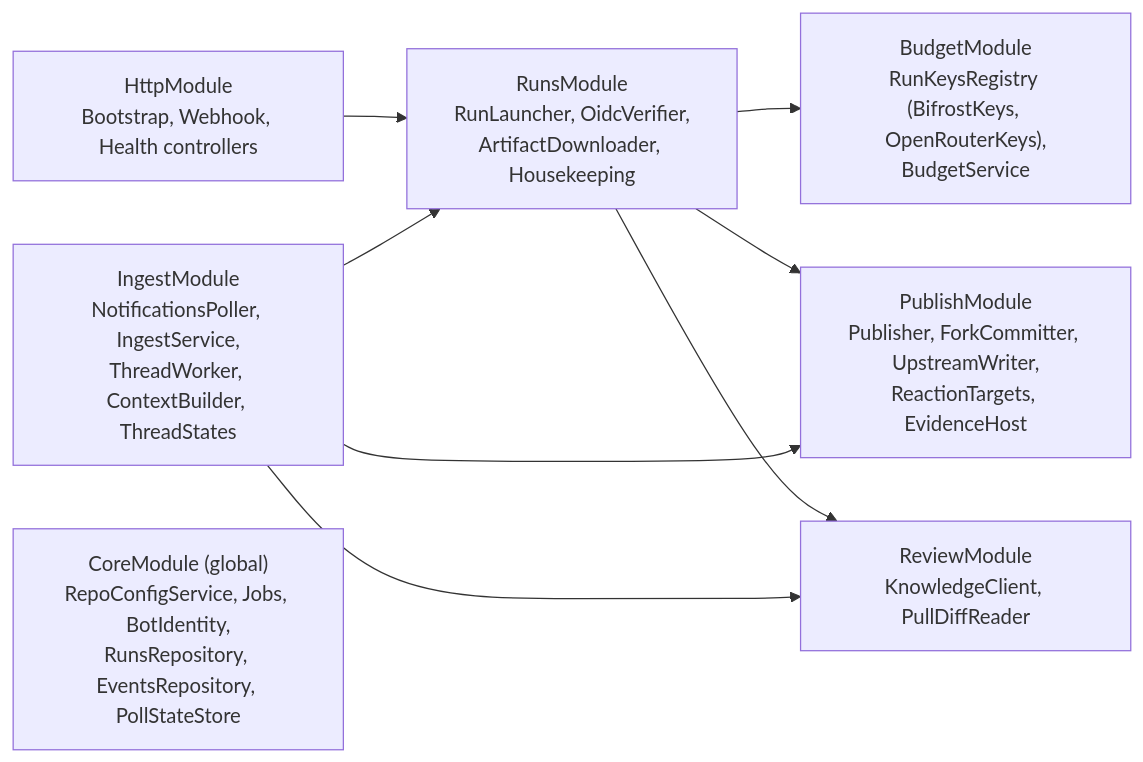
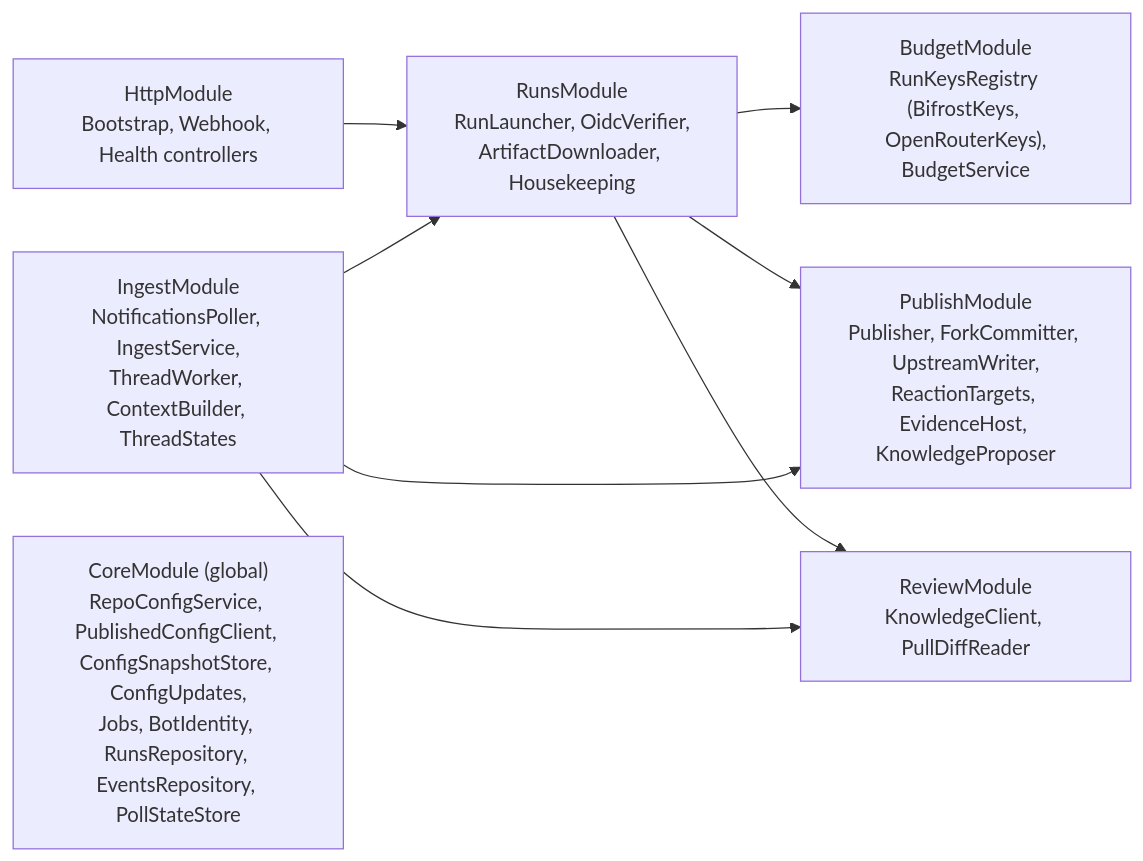
The first of 2 diagrams in docs/ENGINEERING.md (open-macaron/macaron), drawn with Mermaid before and after one commit. The commit also changed other lines of this file and 10 other files, not shown here.

````diff
--- a/docs/ENGINEERING.md
+++ b/docs/ENGINEERING.md
@@ -47,11 +46,11 @@
 ```mermaid
 flowchart LR
   HTTP["HttpModule<br/>Bootstrap, Webhook, Health controllers"] --> RUNS
   ING["IngestModule<br/>NotificationsPoller, IngestService,<br/>ThreadWorker, ContextBuilder, ThreadStates"] --> RUNS
   RUNS["RunsModule<br/>RunLauncher, OidcVerifier,<br/>ArtifactDownloader, Housekeeping"] --> BUD["BudgetModule<br/>RunKeysRegistry (BifrostKeys, OpenRouterKeys),<br/>BudgetService"]
-  RUNS --> PUB["PublishModule<br/>Publisher, ForkCommitter, UpstreamWriter,<br/>ReactionTargets, EvidenceHost"]
+  RUNS --> PUB["PublishModule<br/>Publisher, ForkCommitter, UpstreamWriter,<br/>ReactionTargets, EvidenceHost, KnowledgeProposer"]
   RUNS --> REV["ReviewModule<br/>KnowledgeClient, PullDiffReader"]
   ING --> PUB
   ING --> REV
-  CORE["CoreModule (global)<br/>RepoConfigService, Jobs, BotIdentity,<br/>RunsRepository, EventsRepository, PollStateStore"]
+  CORE["CoreModule (global)<br/>RepoConfigService, PublishedConfigClient, ConfigSnapshotStore, ConfigUpdates,<br/>Jobs, BotIdentity, RunsRepository, EventsRepository, PollStateStore"]
 ```
````
